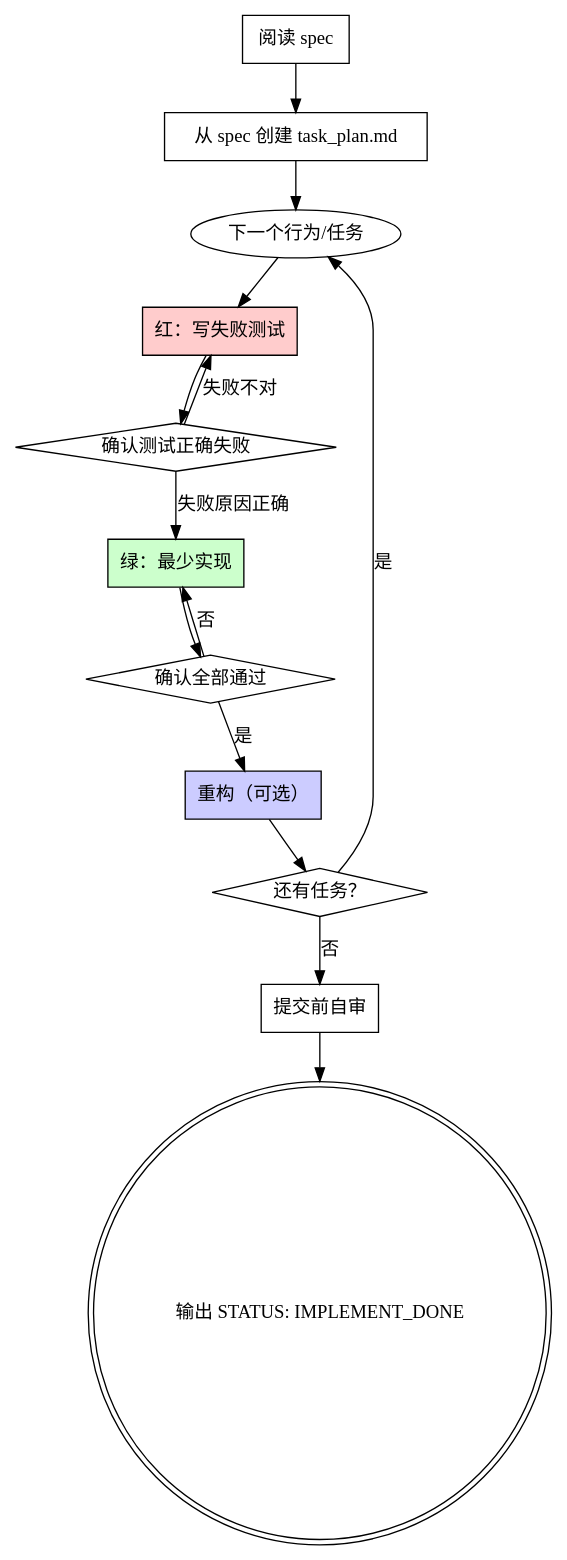
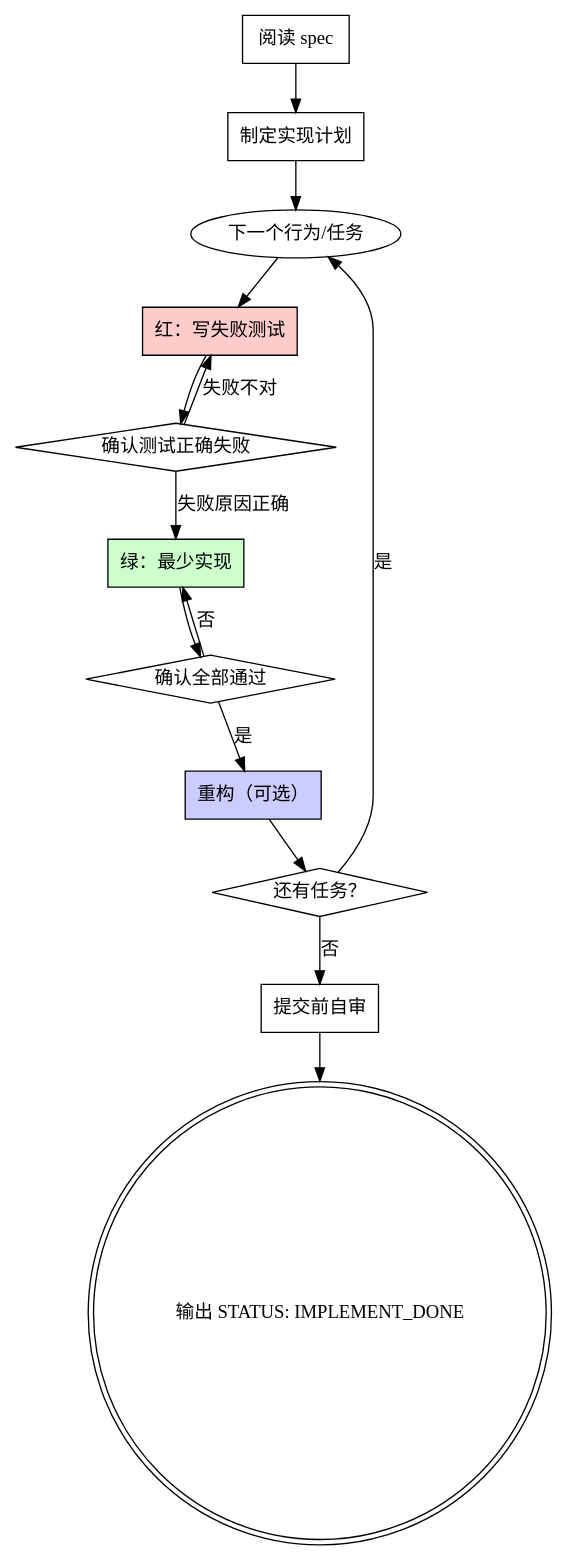
Before and after one commit to lunoob/mini-orchestrator: the diagram in skills/implementing-from-spec/SKILL.md, drawn with Graphviz. The commit also changed other lines of this file and 15 other files, not shown here.

````diff
--- a/skills/implementing-from-spec/SKILL.md
+++ b/skills/implementing-from-spec/SKILL.md
@@ -24,30 +24,30 @@
 ```dot
 digraph implement_flow {
     rankdir=TB;
     "阅读 spec" [shape=box];
-    "从 spec 创建 task_plan.md" [shape=box];
+    "制定实现计划" [shape=box];
     "下一个行为/任务" [shape=ellipse];
     "红：写失败测试" [shape=box, style=filled, fillcolor="#ffcccc"];
     "确认测试正确失败" [shape=diamond];
     "绿：最少实现" [shape=box, style=filled, fillcolor="#ccffcc"];
     "确认全部通过" [shape=diamond];
     "重构（可选）" [shape=box, style=filled, fillcolor="#ccccff"];
     "还有任务？" [shape=diamond];
     "提交前自审" [shape=box];
     "输出 STATUS: IMPLEMENT_DONE" [shape=doublecircle];
 
-    "阅读 spec" -> "从 spec 创建 task_plan.md";
-    "从 spec 创建 task_plan.md" -> "下一个行为/任务";
+    "阅读 spec" -> "制定实现计划";
+    "制定实现计划" -> "下一个行为/任务";
     "下一个行为/任务" -> "红：写失败测试";
     "红：写失败测试" -> "确认测试正确失败";
     "确认测试正确失败" -> "绿：最少实现" [label="失败原因正确"];
     "确认测试正确失败" -> "红：写失败测试" [label="失败不对"];
     "绿：最少实现" -> "确认全部通过";
     "确认全部通过" -> "重构（可选）" [label="是"];
     "确认全部通过" -> "绿：最少实现" [label="否"];
     "重构（可选）" -> "还有任务？";
     "还有任务？" -> "下一个行为/任务" [label="是"];
     "还有任务？" -> "提交前自审" [label="否"];
     "提交前自审" -> "输出 STATUS: IMPLEMENT_DONE";
 }
 ```
````
